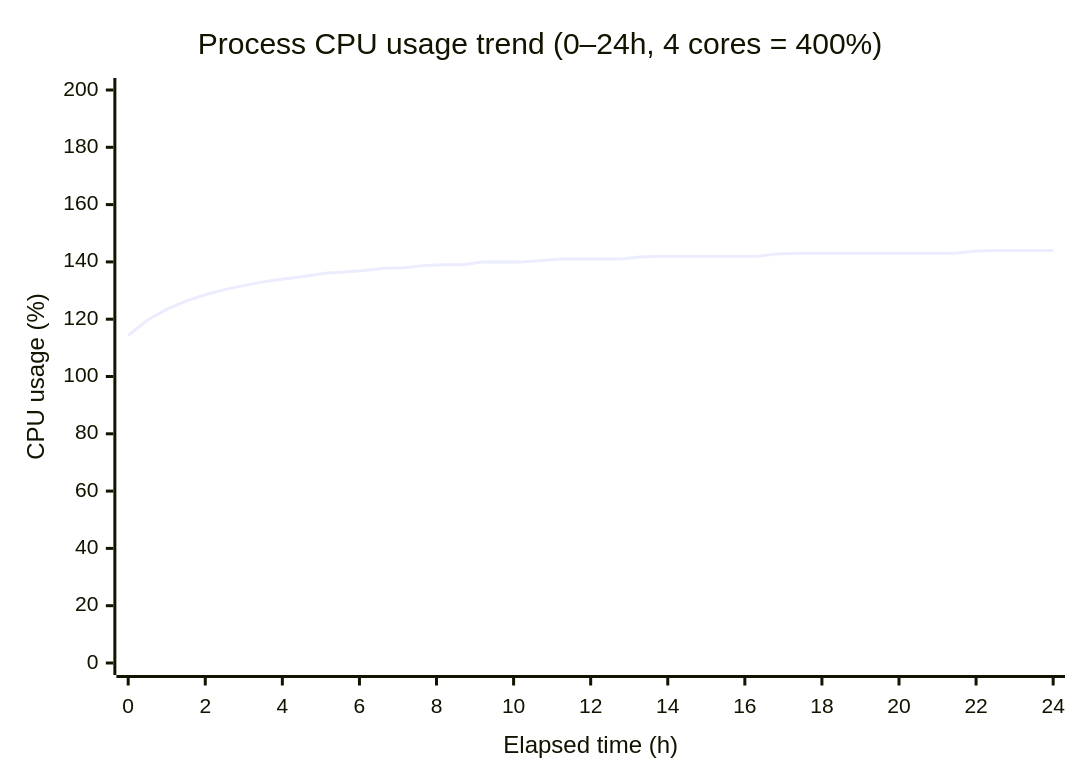
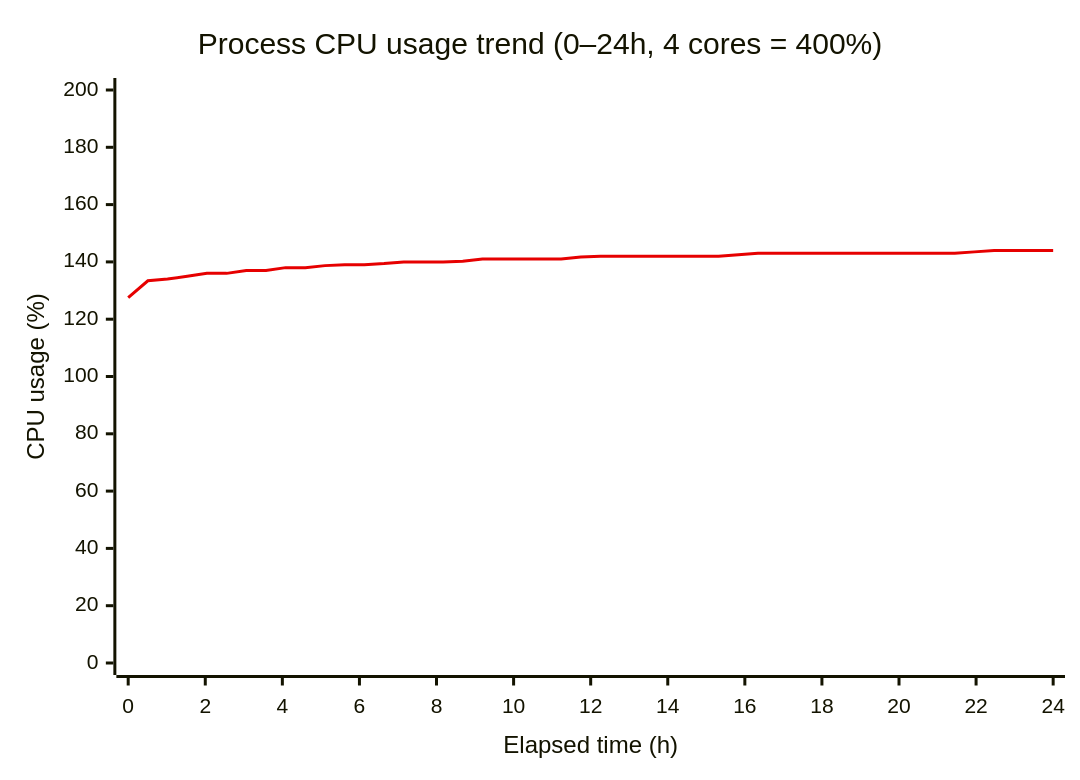
The first of 2 diagrams in Milestone/en/4-Planned-Experiments.md (lgcmu2026-team5/TimeGrapher-Docs), drawn with Mermaid before and after one commit. The commit also changed other lines of this file and 1 other file, not shown here.

Commit message:
docs(EXP-05): color trend lines red and reshape CPU time mapping
- Set mermaid xychart line color to red for CPU/RSS trends (en/ko)
- Compress CPU ramp-up into 0-1h and stretch plateau across 1-24h

````diff
--- a/Milestone/en/4-Planned-Experiments.md
+++ b/Milestone/en/4-Planned-Experiments.md
@@ -253,7 +253,8 @@
 ```mermaid
+%%{init: {"themeVariables": {"xyChart": {"plotColorPalette": "#e60000"}}}}%%
 xychart-beta
     title "Process CPU usage trend (0–24h, 4 cores = 400%)"
     x-axis "Elapsed time (h)" 0 --> 24
     y-axis "CPU usage (%)" 0 --> 200
-    line [114.3, 119.8, 123.6, 126.5, 128.7, 130.5, 131.9, 133.2, 134.1, 135.0, 136.0, 136.5, 137.0, 137.8, 138.0, 138.7, 139.0, 139.0, 140.0, 140.0, 140.0, 140.5, 141.0, 141.0, 141.0, 141.0, 141.7, 142.0, 142.0, 142.0, 142.0, 142.0, 142.0, 142.8, 143.0, 143.0, 143.0, 143.0, 143.0, 143.0, 143.0, 143.0, 143.0, 143.7, 144.0, 144.0, 144.0, 144.0]
+    line [127.5, 133.4, 134.0, 135.0, 136.0, 136.0, 137.0, 137.0, 138.0, 138.0, 138.7, 139.0, 139.0, 139.4, 140.0, 140.0, 140.0, 140.2, 141.0, 141.0, 141.0, 141.0, 141.0, 141.7, 142.0, 142.0, 142.0, 142.0, 142.0, 142.0, 142.0, 142.5, 143.0, 143.0, 143.0, 143.0, 143.0, 143.0, 143.0, 143.0, 143.0, 143.0, 143.0, 143.5, 144.0, 144.0, 144.0, 144.0]
 ```
````
